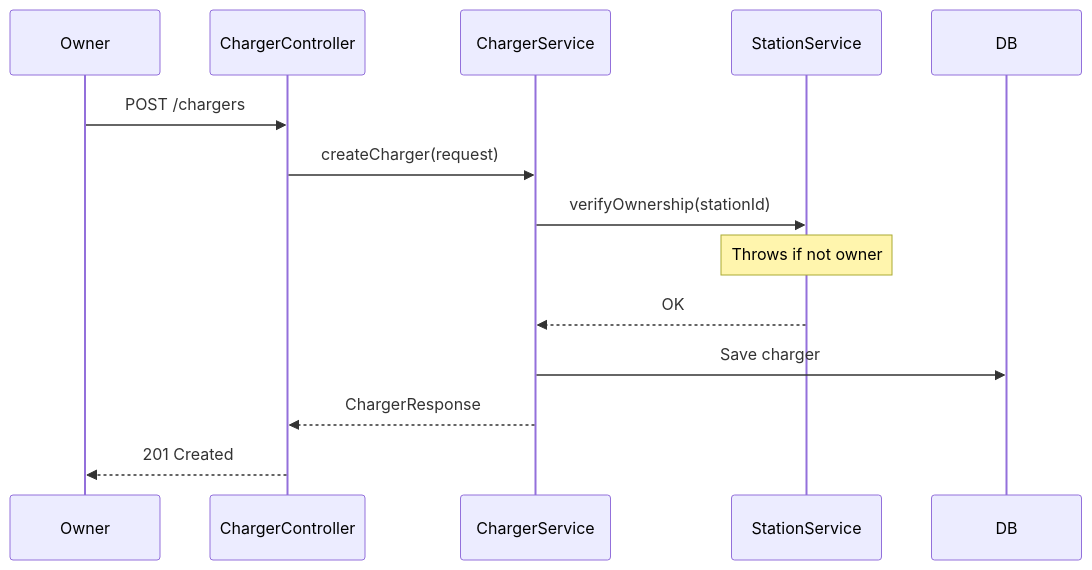
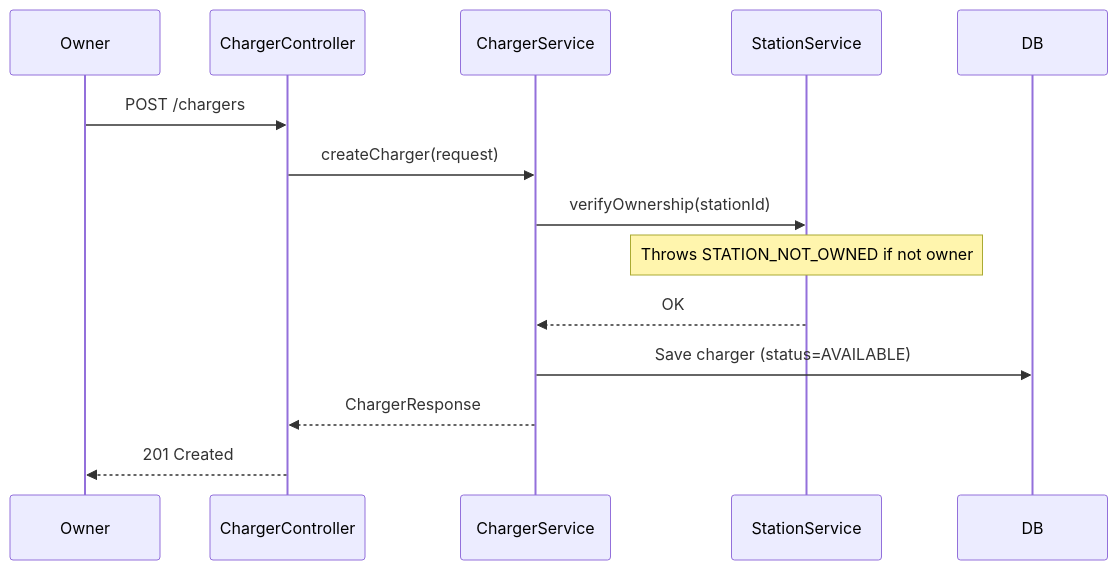
One commit to Sherllgen/DATN changed the second of 4 diagrams in evgo/docs/walkthrough-charger-module.md. Above: the diagram before and after it, drawn with Mermaid. The commit also changed other lines of this file and 39 other files, not shown here.

````diff
--- a/evgo/docs/walkthrough-charger-module.md
+++ b/evgo/docs/walkthrough-charger-module.md
@@ -100,17 +112,17 @@
 ```mermaid
 sequenceDiagram
     participant Owner
     participant ChargerController
     participant ChargerService
     participant StationService
     participant DB
 
     Owner->>ChargerController: POST /chargers
     ChargerController->>ChargerService: createCharger(request)
     ChargerService->>StationService: verifyOwnership(stationId)
-    Note over StationService: Throws if not owner
+    Note over StationService: Throws STATION_NOT_OWNED if not owner
     StationService-->>ChargerService: OK
-    ChargerService->>DB: Save charger
+    ChargerService->>DB: Save charger (status=AVAILABLE)
     ChargerService-->>ChargerController: ChargerResponse
     ChargerController-->>Owner: 201 Created
 ```
````
